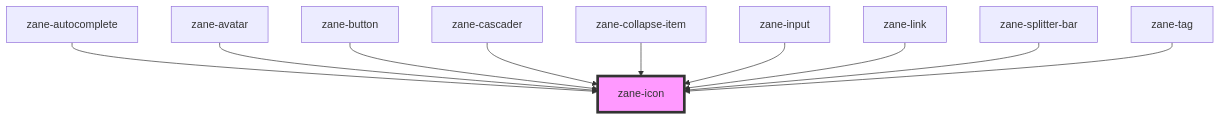
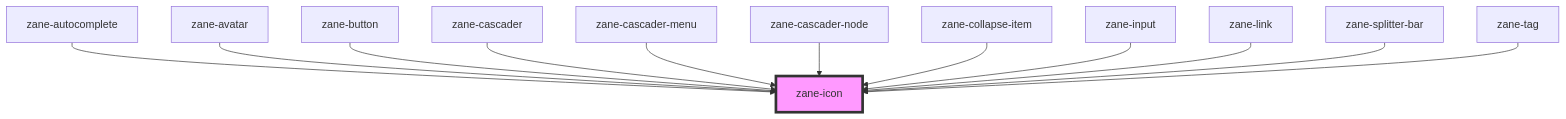
One commit to AmilyCi/zane-ui changed the diagram in src/components/icon/readme.md. Above: the diagram before and after it, drawn with Mermaid. The commit also changed other lines of this file and 268 other files, not shown here.

````diff
--- a/src/components/icon/readme.md
+++ b/src/components/icon/readme.md
@@ -36,13 +38,15 @@
 ```mermaid
 graph TD;
   zane-autocomplete --> zane-icon
   zane-avatar --> zane-icon
   zane-button --> zane-icon
   zane-cascader --> zane-icon
+  zane-cascader-menu --> zane-icon
+  zane-cascader-node --> zane-icon
   zane-collapse-item --> zane-icon
   zane-input --> zane-icon
   zane-link --> zane-icon
   zane-splitter-bar --> zane-icon
   zane-tag --> zane-icon
   style zane-icon fill:#f9f,stroke:#333,stroke-width:4px
 ```
````
